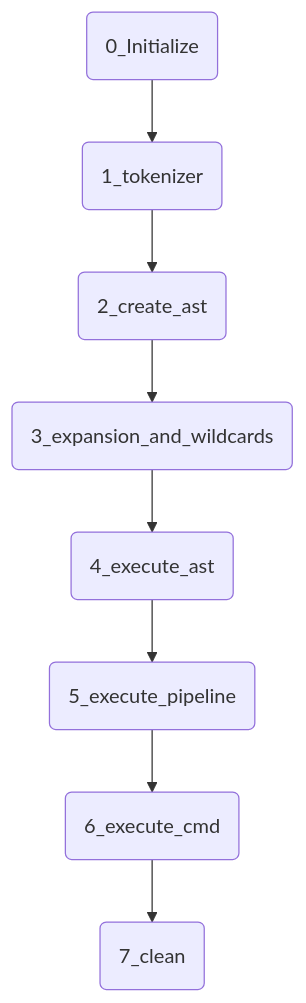
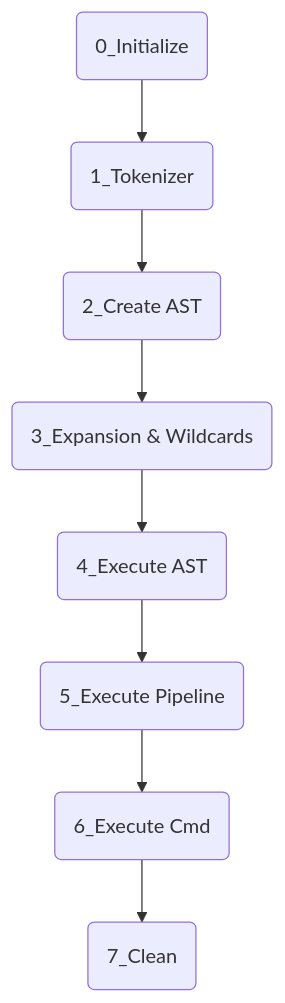
Before and after one commit to G-Lck/minishell: the diagram in README.md, drawn with Mermaid. The commit also changed other lines of this file and 30 other files, not shown here.

````diff
--- a/README.md
+++ b/README.md
@@ -6,11 +8,10 @@
 ```mermaid
 graph TD
-    A(0_Initialize) --> B(1_tokenizer)
-    B --> C(2_create_ast)
-    C --> D(3_expansion_and_wildcards)
-    D --> E(4_execute_ast)
-    E --> F(5_execute_pipeline)
-    F --> G(6_execute_cmd)
-    G --> H(7_clean)
-
+    A(0_Initialize) --> B(1_Tokenizer)
+    B --> C(2_Create AST)
+    C --> D(3_Expansion & Wildcards)
+    D --> E(4_Execute AST)
+    E --> F(5_Execute Pipeline)
+    F --> G(6_Execute Cmd)
+    G --> H(7_Clean)
 ```
````
